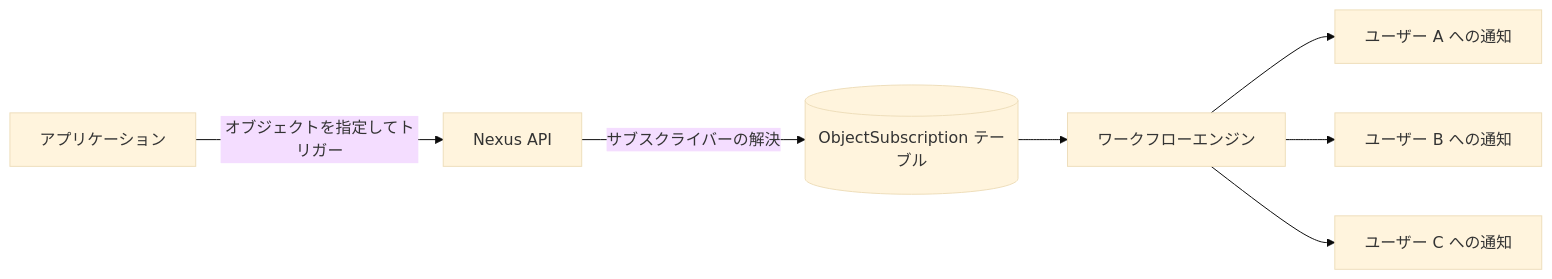
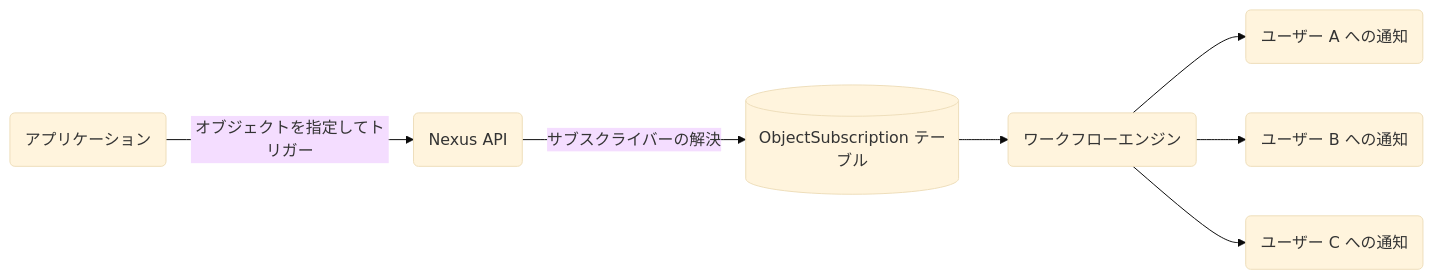
The diagram in content/docs/ja/platform/features/objects-subscriptions.mdx (KriyanshKhunt/nexus_docs), drawn with Mermaid (base theme) before and after one commit. The commit also changed 20 other files, not shown here.

Commit message:
Handle ja Mermaid charts

````diff
--- a/content/docs/ja/platform/features/objects-subscriptions.mdx
+++ b/content/docs/ja/platform/features/objects-subscriptions.mdx
@@ -20,9 +20,9 @@
 ```mermaid
 flowchart LR
-  App[アプリケーション] -->|オブジェクトを指定してトリガー| Nexus[Nexus API]
+  App(アプリケーション) -->|オブジェクトを指定してトリガー| Nexus(Nexus API)
   Nexus -->|サブスクライバーの解決| DB[(ObjectSubscription テーブル)]
-  DB --> W[ワークフローエンジン]
-  W --> U1[ユーザー A への通知]
-  W --> U2[ユーザー B への通知]
-  W --> U3[ユーザー C への通知]
+  DB --> W(ワークフローエンジン)
+  W --> U1(ユーザー A への通知)
+  W --> U2(ユーザー B への通知)
+  W --> U3(ユーザー C への通知)
 ```
````
